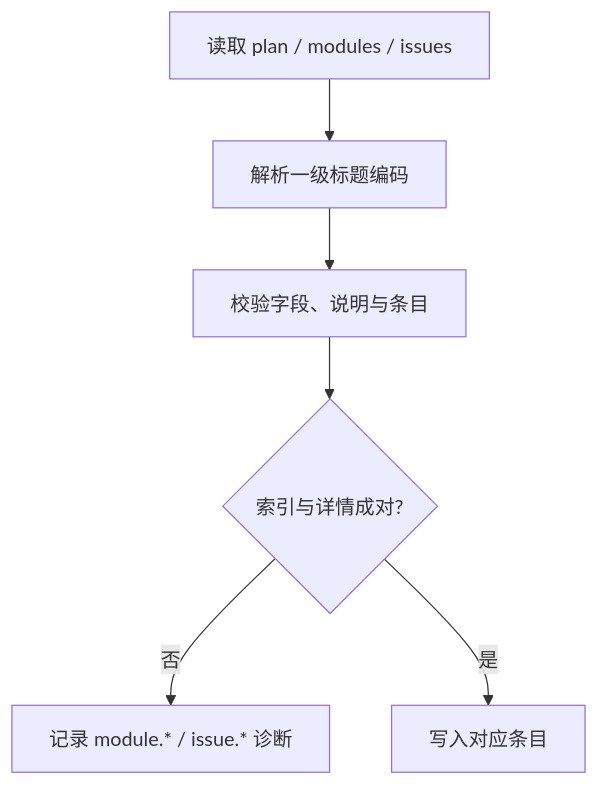
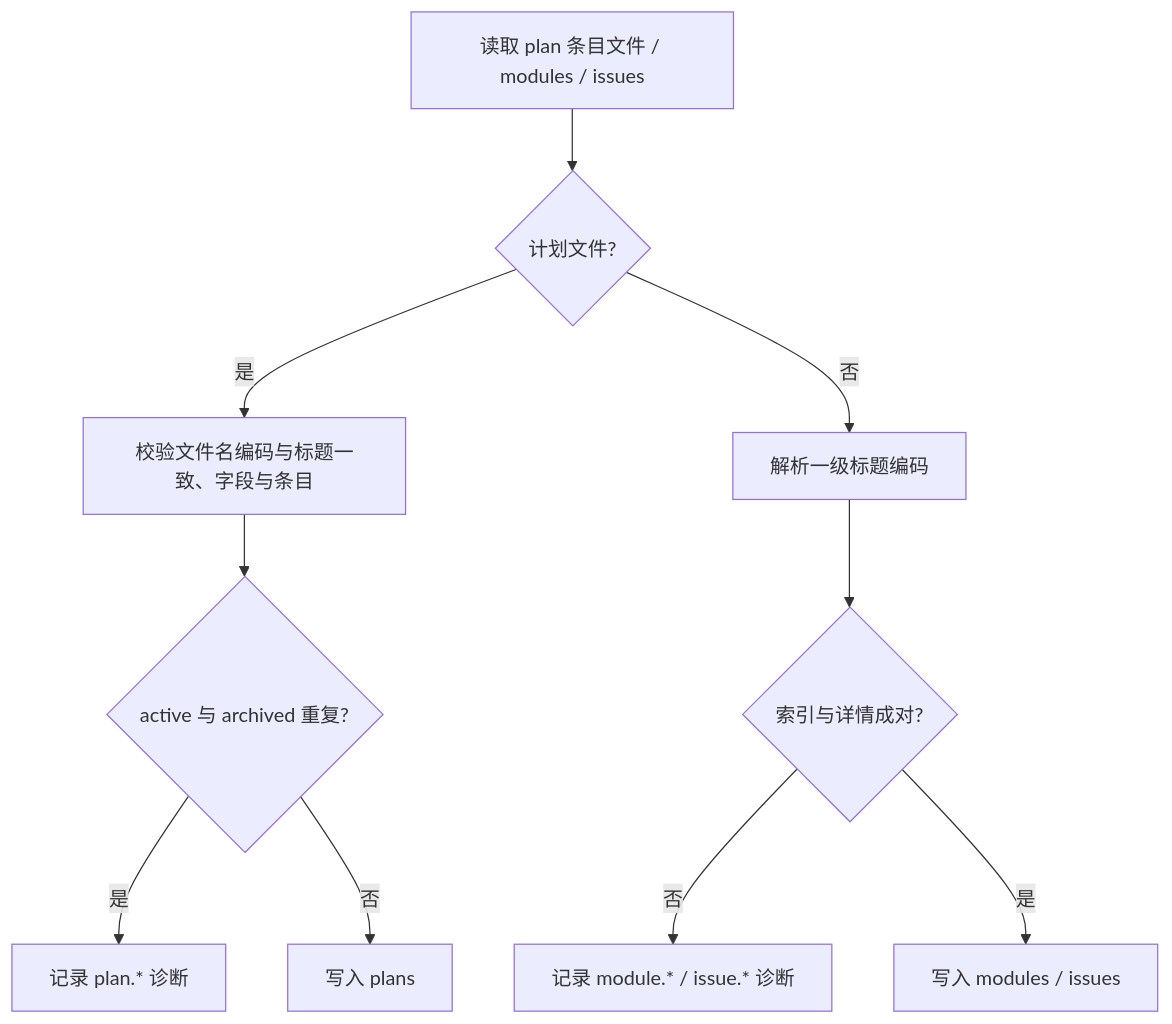
The third of 3 diagrams in .coder/design/module-0002.md (Cangjier/coder), drawn with Mermaid before and after one commit. The commit also changed other lines of this file and 32 other files, not shown here.

````diff
--- a/.coder/design/module-0002.md
+++ b/.coder/design/module-0002.md
@@ -46,8 +46,12 @@
 ```mermaid
 flowchart TD
-  A[读取 plan / modules / issues] --> B[解析一级标题编码]
-  B --> C[校验字段、说明与条目]
-  C --> D{索引与详情成对?}
-  D -- 否 --> E[记录 module.* / issue.* 诊断]
-  D -- 是 --> F[写入对应条目]
+  A[读取 plan 条目文件 / modules / issues] --> B{计划文件?}
+  B -- 是 --> C[校验文件名编码与标题一致、字段与条目]
+  B -- 否 --> D[解析一级标题编码]
+  C --> E{active 与 archived 重复?}
+  D --> F{索引与详情成对?}
+  E -- 是 --> G[记录 plan.* 诊断]
+  E -- 否 --> H[写入 plans]
+  F -- 否 --> I[记录 module.* / issue.* 诊断]
+  F -- 是 --> J[写入 modules / issues]
 ```
````
